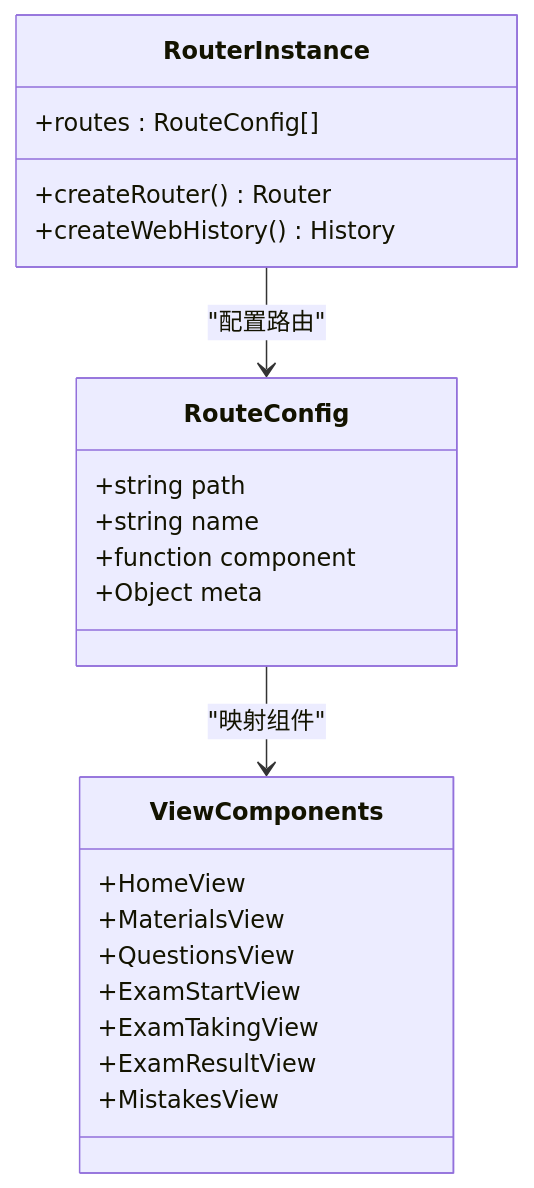
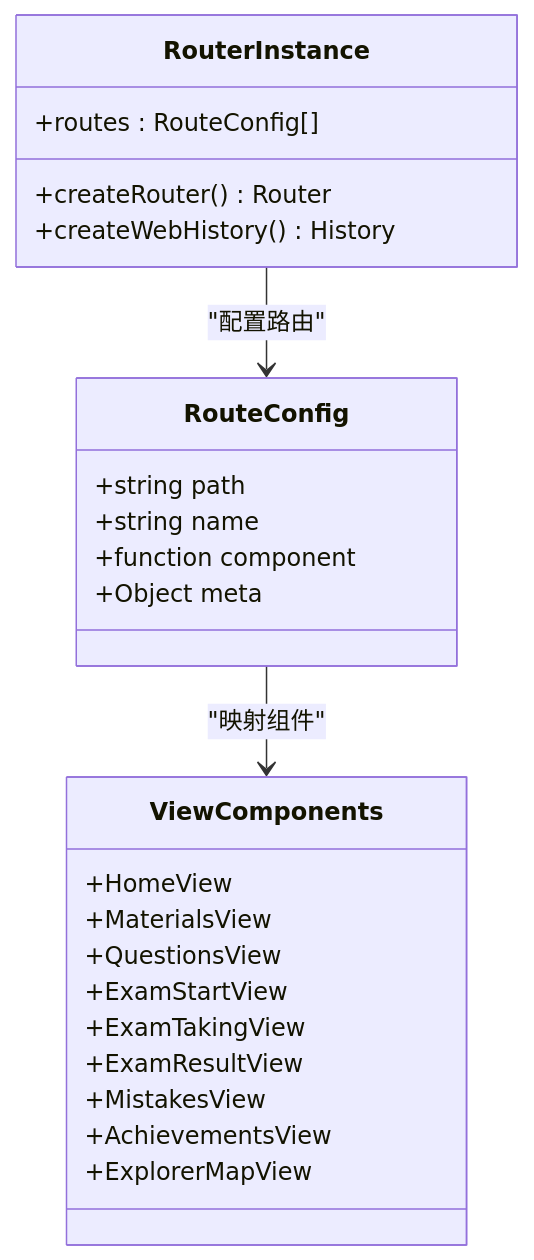
One commit to zhiwenli-jack/personal-learning-manager changed the second of 9 diagrams in .qoder/repowiki/zh/content/前端应用架构/路由系统.md. Above: the diagram before and after it, drawn with Mermaid. The commit also changed other lines of this file and 20 other files, not shown here.

````diff
--- a/.qoder/repowiki/zh/content/前端应用架构/路由系统.md
+++ b/.qoder/repowiki/zh/content/前端应用架构/路由系统.md
@@ -87,25 +100,27 @@
 ```mermaid
 classDiagram
 class RouteConfig {
 +string path
 +string name
 +function component
 +Object meta
 }
 class RouterInstance {
 +createRouter() Router
 +createWebHistory() History
 +routes : RouteConfig[]
 }
 class ViewComponents {
 +HomeView
 +MaterialsView
 +QuestionsView
 +ExamStartView
 +ExamTakingView
 +ExamResultView
 +MistakesView
++AchievementsView
++ExplorerMapView
 }
 RouterInstance --> RouteConfig : "配置路由"
 RouteConfig --> ViewComponents : "映射组件"
 ```
````
